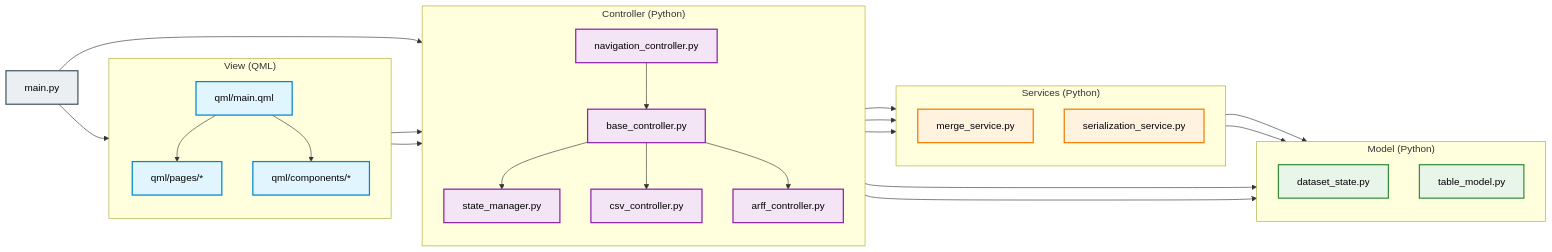
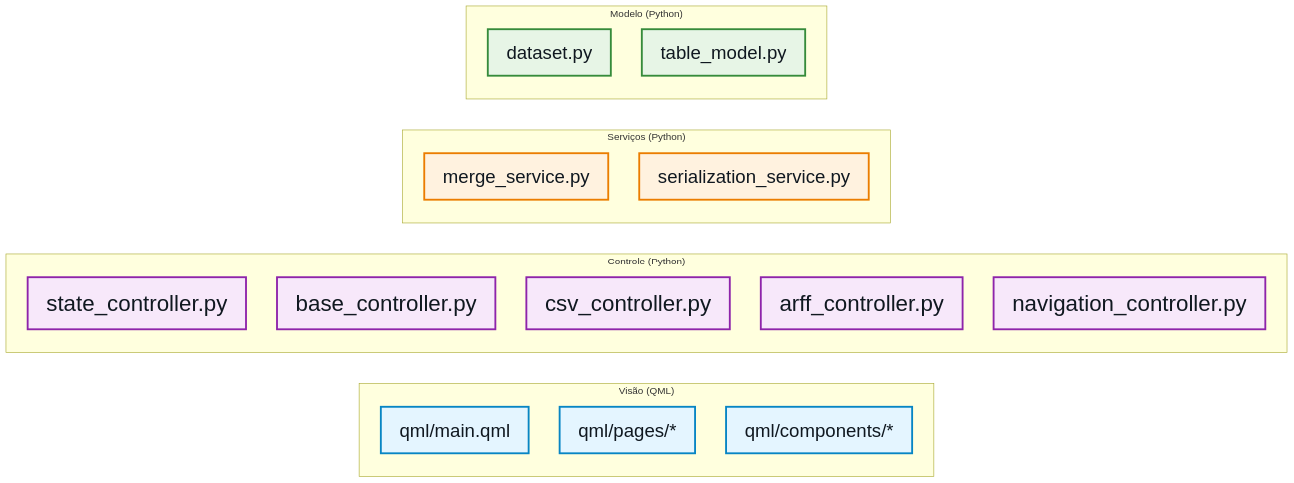
The diagram in docs/datanexus.mmd (gabrafo/DataNexus), drawn with Mermaid before and after one commit. The commit also changed 16 other files, not shown here.

First line of the commit message:
Refactor state management: Rename StateManager to StateController and update references

```diff
--- a/docs/datanexus.mmd
+++ b/docs/datanexus.mmd
@@ -1,65 +1,37 @@
+%% Static layer map. The publication-ready SVG is docs/arquitetura.svg.
+%% There are intentionally no edges: the figure only separates files by layer.
 flowchart LR
     %% Style definitions
-    classDef app fill:#eceff1,stroke:#455a64,stroke-width:2px,color:#000
-    classDef view fill:#e1f5fe,stroke:#0288d1,stroke-width:2px,color:#000
-    classDef ctrl fill:#f3e5f5,stroke:#8e24aa,stroke-width:2px,color:#000
-    classDef serv fill:#fff3e0,stroke:#f57c00,stroke-width:2px,color:#000
-    classDef model fill:#e8f5e9,stroke:#388e3c,stroke-width:2px,color:#000
+    classDef app fill:#eef3f6,stroke:#526a78,stroke-width:3px,color:#101820,font-size:30px
+    classDef view fill:#e4f5ff,stroke:#0785c4,stroke-width:3px,color:#101820,font-size:30px
+    classDef ctrl fill:#f7e8fa,stroke:#8e24aa,stroke-width:3px,color:#101820,font-size:36px
+    classDef serv fill:#fff2df,stroke:#eb7d00,stroke-width:3px,color:#101820,font-size:30px
+    classDef model fill:#e7f5e6,stroke:#368b3b,stroke-width:3px,color:#101820,font-size:30px
 
-    APP["main.py"]:::app
-
-    subgraph View ["View (QML)"]
+    subgraph View ["Visão (QML)"]
         direction TB
         V_MAIN["qml/main.qml"]:::view
         V_PAGES["qml/pages/*"]:::view
         V_COMPONENTS["qml/components/*"]:::view
-        
-        V_MAIN --> V_PAGES
-        V_MAIN --> V_COMPONENTS
     end
 
-    subgraph Controller ["Controller (Python)"]
+    subgraph Controller ["Controle (Python)"]
         direction TB
-        C_NAV["navigation_controller.py"]:::ctrl
+        C_STATE["state_controller.py"]:::ctrl
         C_BASE["base_controller.py"]:::ctrl
-        C_STATE["state_manager.py"]:::ctrl
         C_CSV["csv_controller.py"]:::ctrl
         C_ARFF["arff_controller.py"]:::ctrl
-        
-        C_NAV --> C_BASE
-        C_BASE --> C_STATE
-        C_BASE --> C_CSV
-        C_BASE --> C_ARFF
+        C_NAV["navigation_controller.py"]:::ctrl
     end
 
-    subgraph Services ["Services (Python)"]
+    subgraph Services ["Serviços (Python)"]
         direction TB
         S_MERGE["merge_service.py"]:::serv
         S_SERIAL["serialization_service.py"]:::serv
     end
 
-    subgraph Model ["Model (Python)"]
+    subgraph Model ["Modelo (Python)"]
         direction TB
-        M_DATASET["dataset_state.py"]:::model
+        M_DATASET["dataset.py"]:::model
         M_TABLE["table_model.py"]:::model
     end
-
-    %% Initial connections
-    APP --> V_MAIN
-    APP --> C_NAV
-
-    %% Conections View -> Controller
-    V_PAGES --> C_NAV
-    V_COMPONENTS --> C_NAV
-
-    %% Conections Controller -> Model
-    C_STATE --> M_DATASET
-    C_STATE --> M_TABLE
-    
-    C_CSV --> S_SERIAL
-    C_ARFF --> S_SERIAL
-    C_BASE --> S_MERGE
-
-    %% Conections Services -> Model
-    S_MERGE --> M_DATASET
-    S_SERIAL --> M_DATASET
```
